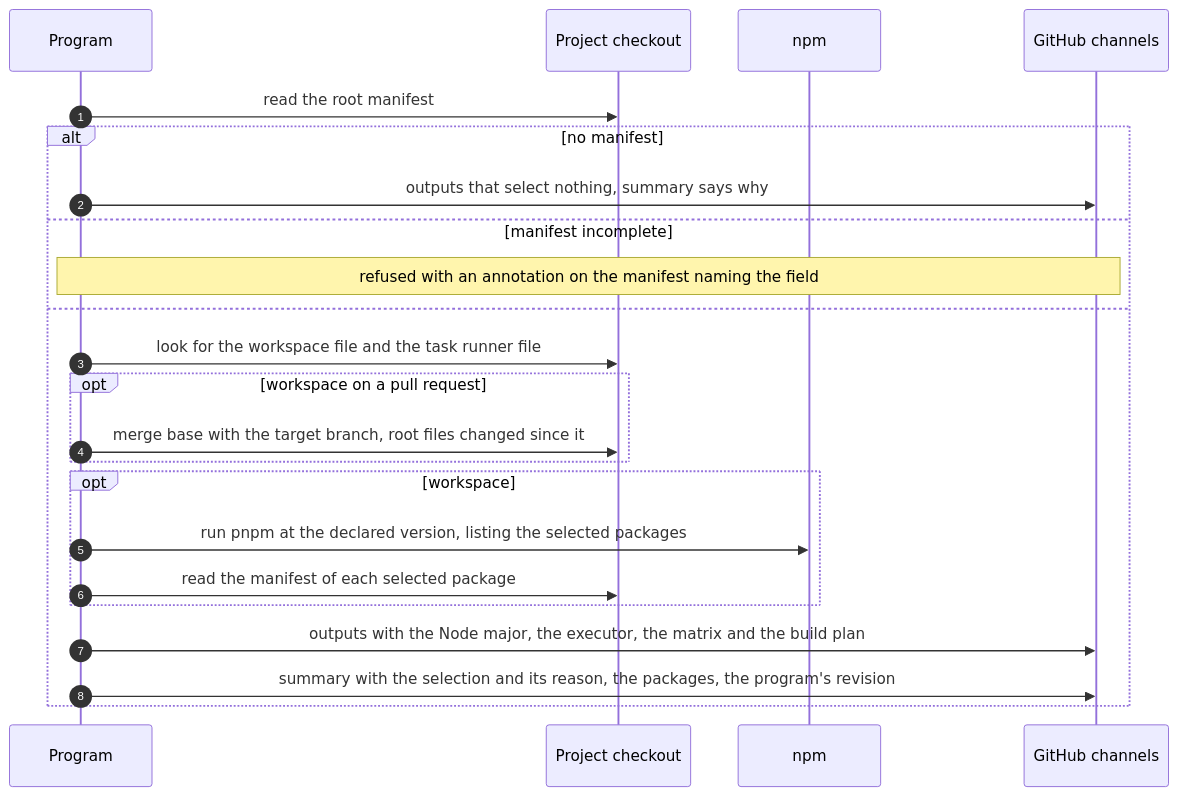
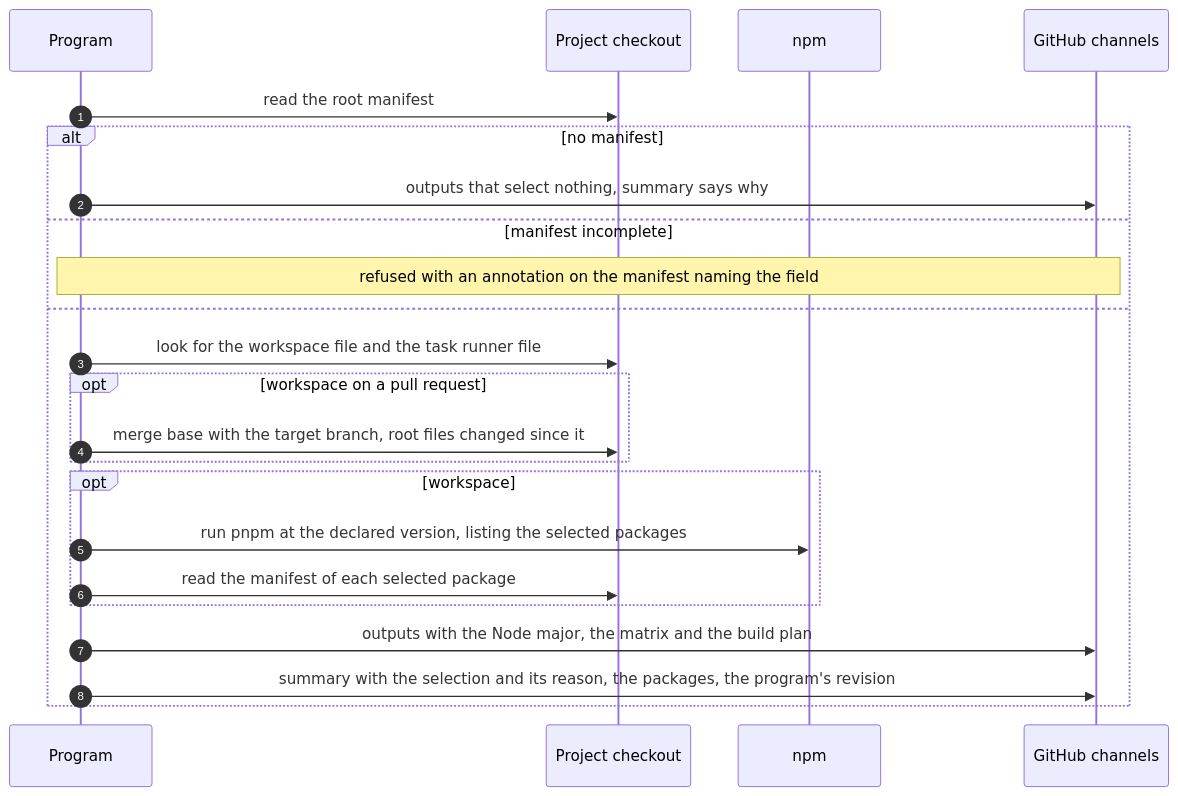
One commit to NextNodeSolutions/infrastructure changed the third of 5 diagrams in docs/architecture.md. Above: the diagram before and after it, drawn with Mermaid. The commit also changed other lines of this file and 99 other files, not shown here.

````diff
--- a/docs/architecture.md
+++ b/docs/architecture.md
@@ -53,25 +61,25 @@
 ```mermaid
 sequenceDiagram
     autonumber
     participant P as Program
     participant R as Project checkout
     participant N as npm
     participant G as GitHub channels
     P->>R: read the root manifest
     alt no manifest
         P->>G: outputs that select nothing, summary says why
     else manifest incomplete
         Note over P,G: refused with an annotation on the manifest naming the field
     else
         P->>R: look for the workspace file and the task runner file
         opt workspace on a pull request
             P->>R: merge base with the target branch, root files changed since it
         end
         opt workspace
             P->>N: run pnpm at the declared version, listing the selected packages
             P->>R: read the manifest of each selected package
         end
-        P->>G: outputs with the Node major, the executor, the matrix and the build plan
+        P->>G: outputs with the Node major, the matrix and the build plan
         P->>G: summary with the selection and its reason, the packages, the program's revision
     end
 ```
````
